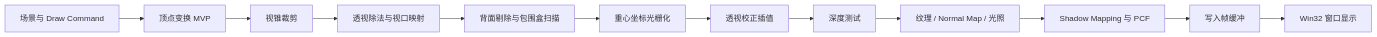
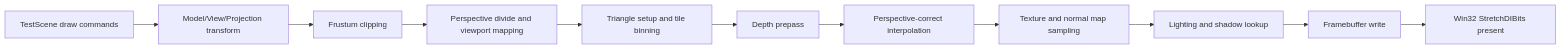
Before and after one commit to yejiuyushengjue-f/SoftwareRasterizer: the diagram in README.md, drawn with Mermaid. The commit also changed other lines of this file, not shown here.

````diff
--- a/README.md
+++ b/README.md
@@ -85,14 +134,13 @@
 ```mermaid
 flowchart LR
-    A["场景与 Draw Command"] --> B["顶点变换 MVP"]
-    B --> C["视锥裁剪"]
-    C --> D["透视除法与视口映射"]
-    D --> E["背面剔除与包围盒扫描"]
-    E --> F["重心坐标光栅化"]
-    F --> G["透视校正插值"]
-    G --> H["深度测试"]
-    H --> I["纹理 / Normal Map / 光照"]
-    I --> J["Shadow Mapping 与 PCF"]
-    J --> K["写入帧缓冲"]
-    K --> L["Win32 窗口显示"]
+    A["TestScene draw commands"] --> B["Model/View/Projection transform"]
+    B --> C["Frustum clipping"]
+    C --> D["Perspective divide and viewport mapping"]
+    D --> E["Triangle setup and tile binning"]
+    E --> F["Depth prepass"]
+    F --> G["Perspective-correct interpolation"]
+    G --> H["Texture and normal map sampling"]
+    H --> I["Lighting and shadow lookup"]
+    I --> J["Framebuffer write"]
+    J --> K["Win32 StretchDIBits present"]
 ```
````
